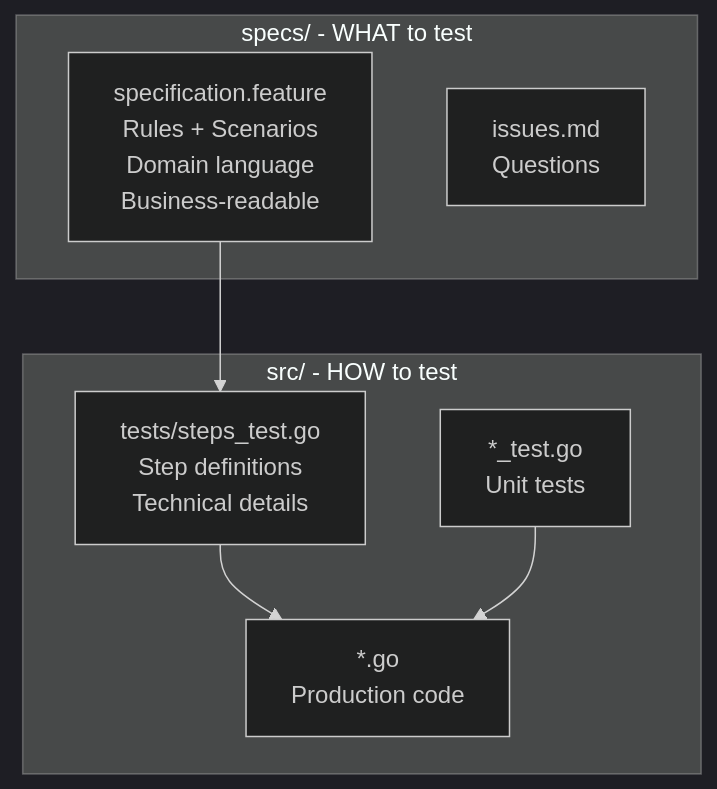
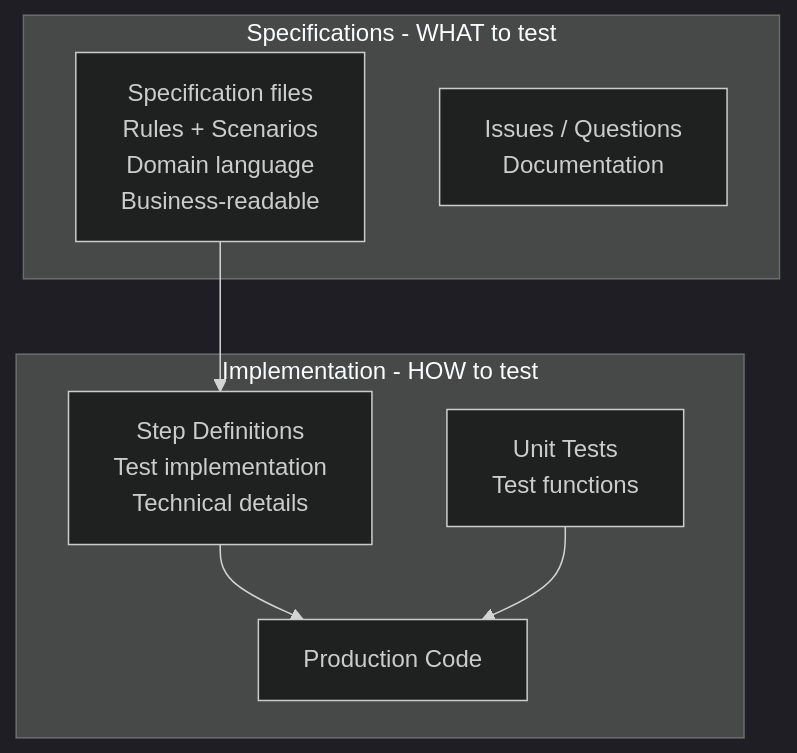
Before and after one commit to ready-to-release/eac: the fifth of 5 diagrams in docs/explanation/specifications/three-layer-approach.md, drawn with Mermaid (dark theme). The commit also changed other lines of this file and 6 other files, not shown here.

First line of the commit message:
docs(specifications): expand implementation guides and clarify concepts

````diff
--- a/docs/explanation/specifications/three-layer-approach.md
+++ b/docs/explanation/specifications/three-layer-approach.md
@@ -270,18 +276,18 @@
 ```mermaid
 flowchart TD
-    subgraph Specs["specs/ - WHAT to test"]
-        SpecFile[specification.feature<br/>Rules + Scenarios<br/>Domain language<br/>Business-readable]
-        Issues[issues.md<br/>Questions]
+    subgraph Specs["Specifications - WHAT to test"]
+        SpecFile[Specification files<br/>Rules + Scenarios<br/>Domain language<br/>Business-readable]
+        Issues[Issues / Questions<br/>Documentation]
     end
 
-    subgraph Src["src/ - HOW to test"]
-        Steps[tests/steps_test.go<br/>Step definitions<br/>Technical details]
-        Unit[*_test.go<br/>Unit tests]
-        Impl[*.go<br/>Production code]
+    subgraph Src["Implementation - HOW to test"]
+        Steps[Step Definitions<br/>Test implementation<br/>Technical details]
+        Unit[Unit Tests<br/>Test functions]
+        Impl[Production Code]
     end
 
     SpecFile --> Steps
     Steps --> Impl
     Unit --> Impl
 
 ```
````
